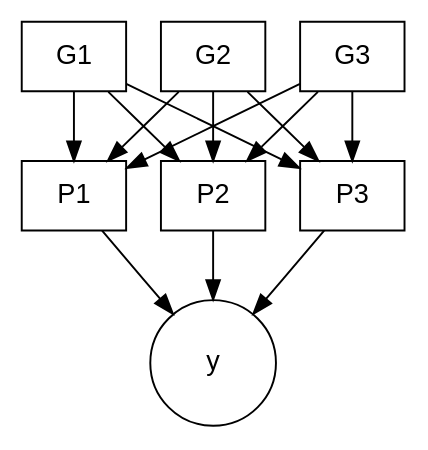
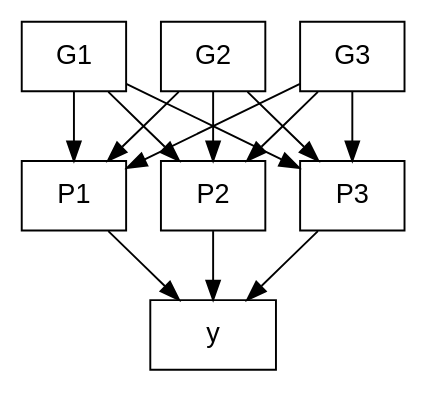
Before and after one commit to jinghuazhao/INF: the diagram in rsid/grViz.gv, drawn with Graphviz. The commit also changed 3 other files, not shown here.

```diff
--- a/rsid/grViz.gv
+++ b/rsid/grViz.gv
@@ -1,13 +1,13 @@
 digraph PGS {
   graph [overlap = true, fontsize = 10]
   node [shape = box, fontname = Helvetica]
   G1; G2; G3; P1; P2; P3
 
-  node [shape = circle,  fixedsize = true,  width = 0.9]
+  node [shape = box,  fixedsize = true,  width = 0.9]
   y
 
   G1->P1 G1->P2 G1->P3
   G2->P1 G2->P2 G2->P3
   G3->P1 G3->P2 G3->P3
   P1->y P2->y P3->y
 }
```
